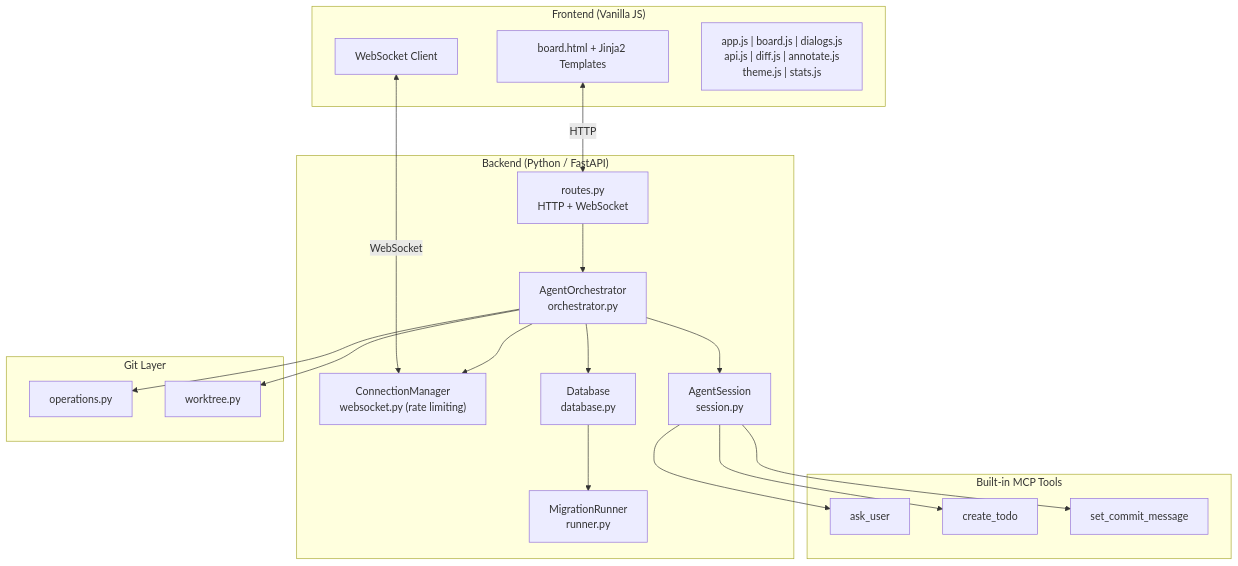
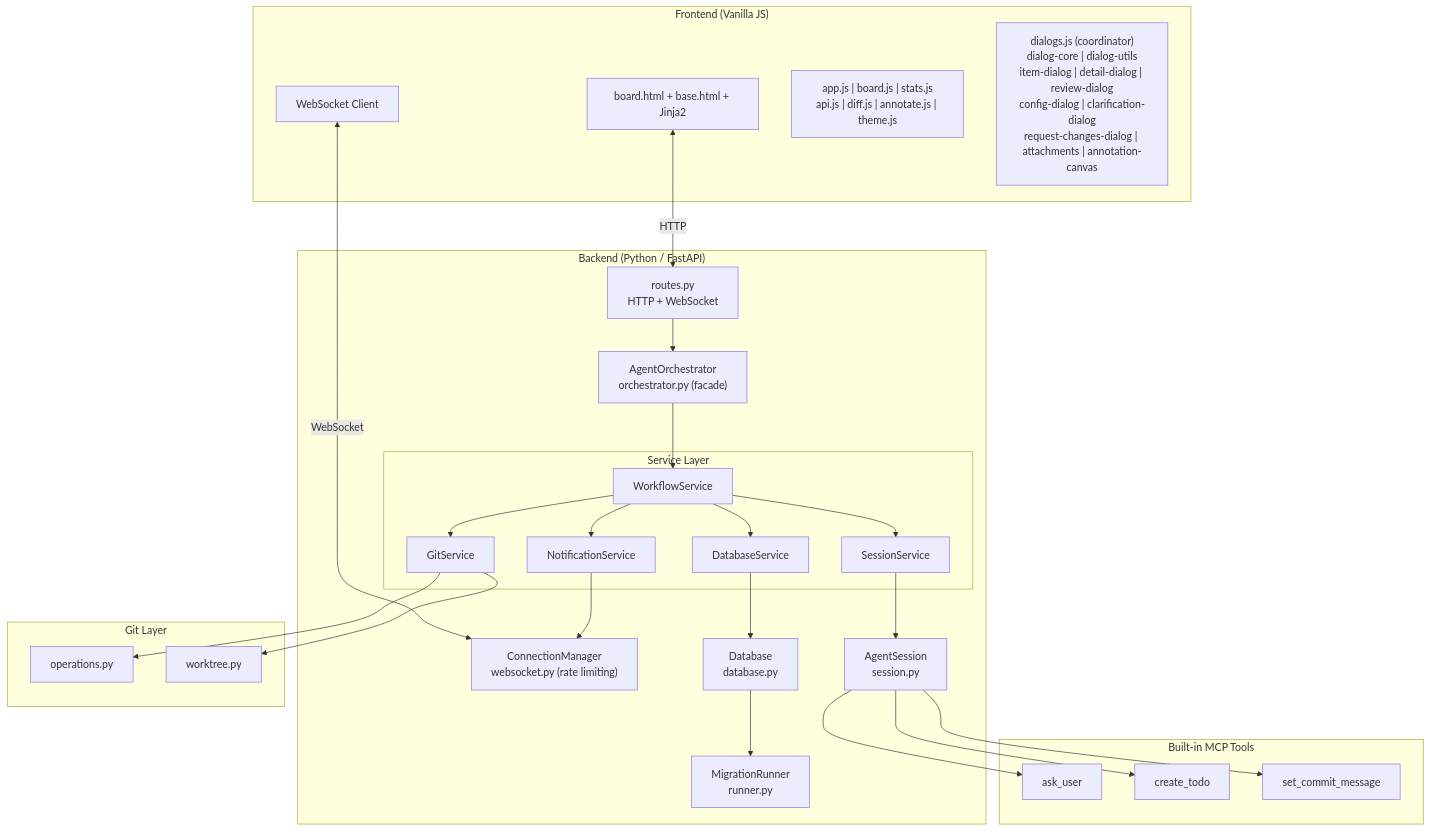
The first of 3 diagrams in CLAUDE.md (epatel/claude-agents-dashboard), drawn with Mermaid before and after one commit. The commit also changed other lines of this file and 2 other files, not shown here.

Commit message:
Update ASSESSMENT_CODE.md, README.md, and CLAUDE.md for service layer and dialog modularization

````diff
--- a/CLAUDE.md
+++ b/CLAUDE.md
@@ -33,41 +33,54 @@
 ```mermaid
 graph TB
     subgraph Frontend["Frontend (Vanilla JS)"]
-        UI["board.html + Jinja2 Templates"]
+        UI["board.html + base.html + Jinja2"]
         WS["WebSocket Client"]
-        Modules["app.js | board.js | dialogs.js<br/>api.js | diff.js | annotate.js<br/>theme.js | stats.js"]
+        Modules["app.js | board.js | stats.js<br/>api.js | diff.js | annotate.js | theme.js"]
+        DlgModules["dialogs.js (coordinator)<br/>dialog-core | dialog-utils<br/>item-dialog | detail-dialog | review-dialog<br/>config-dialog | clarification-dialog<br/>request-changes-dialog | attachments | annotation-canvas"]
     end
 
     subgraph Backend["Backend (Python / FastAPI)"]
         R["routes.py<br/>HTTP + WebSocket"]
         WSM["ConnectionManager<br/>websocket.py (rate limiting)"]
-        O["AgentOrchestrator<br/>orchestrator.py"]
-        S["AgentSession<br/>session.py"]
+        O["AgentOrchestrator<br/>orchestrator.py (facade)"]
+        subgraph SvcLayer["Service Layer"]
+            WF["WorkflowService"]
+            DBS["DatabaseService"]
+            NS["NotificationService"]
+            GS["GitService"]
+            SS["SessionService"]
+        end
+        Sess["AgentSession<br/>session.py"]
         D["Database<br/>database.py"]
         M["MigrationRunner<br/>runner.py"]
     end
 
     subgraph MCPTools["Built-in MCP Tools"]
         C["ask_user"]
         T["create_todo"]
         CM["set_commit_message"]
     end
 
     subgraph Git["Git Layer"]
         GO["operations.py"]
         GW["worktree.py"]
     end
 
     UI <-->|"HTTP"| R
     WS <-->|"WebSocket"| WSM
     R --> O
-    O --> S
-    O --> D
-    O --> GO
-    O --> GW
-    O --> WSM
-    S --> C
-    S --> T
-    S --> CM
+    O --> WF
+    WF --> DBS
+    WF --> GS
+    WF --> NS
+    WF --> SS
+    SS --> Sess
+    Sess --> C
+    Sess --> T
+    Sess --> CM
+    DBS --> D
+    NS --> WSM
     D --> M
+    GS --> GO
+    GS --> GW
 ```
````
